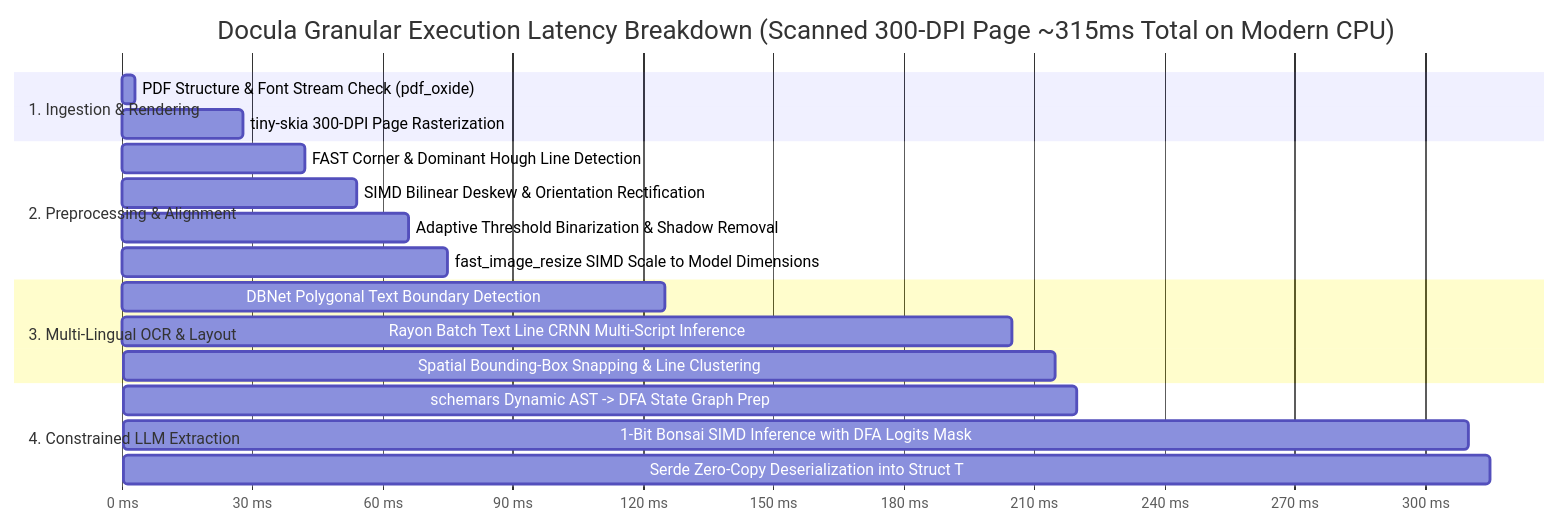
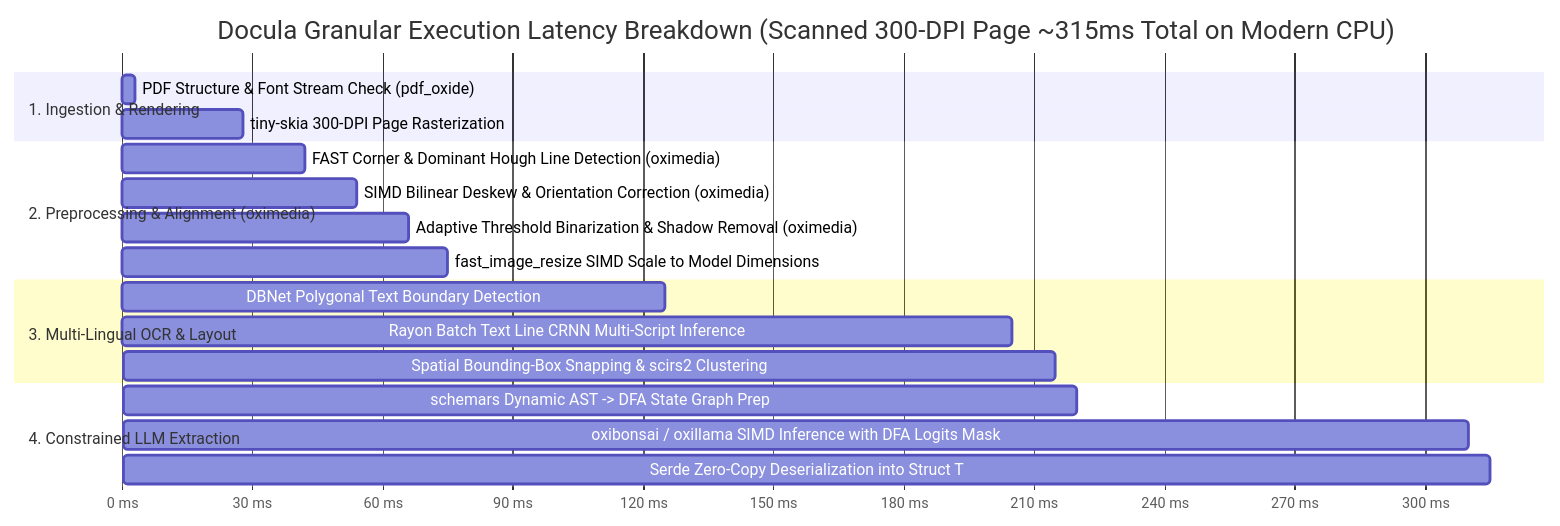
One commit to yasuomaidana/docula changed the diagram in docs/09_BENCHMARK_AND_COMPARISON.md. Above: the diagram before and after it, drawn with Mermaid. The commit also changed other lines of this file and 12 other files, not shown here.

````diff
--- a/docs/09_BENCHMARK_AND_COMPARISON.md
+++ b/docs/09_BENCHMARK_AND_COMPARISON.md
@@ -44,26 +53,26 @@
 ```mermaid
 gantt
     title Docula Granular Execution Latency Breakdown (Scanned 300-DPI Page ~315ms Total on Modern CPU)
     dateFormat  X
     axisFormat %s ms
 
     section 1. Ingestion & Rendering
     PDF Structure & Font Stream Check (pdf_oxide)     :0, 3
     tiny-skia 300-DPI Page Rasterization              :3, 28
     
-    section 2. Preprocessing & Alignment
-    FAST Corner & Dominant Hough Line Detection       :28, 42
-    SIMD Bilinear Deskew & Orientation Rectification  :42, 54
-    Adaptive Threshold Binarization & Shadow Removal  :54, 66
+    section 2. Preprocessing & Alignment (oximedia)
+    FAST Corner & Dominant Hough Line Detection (oximedia) :28, 42
+    SIMD Bilinear Deskew & Orientation Correction (oximedia) :42, 54
+    Adaptive Threshold Binarization & Shadow Removal (oximedia) :54, 66
     fast_image_resize SIMD Scale to Model Dimensions  :66, 75
 
     section 3. Multi-Lingual OCR & Layout
     DBNet Polygonal Text Boundary Detection           :75, 125
     Rayon Batch Text Line CRNN Multi-Script Inference :125, 205
-    Spatial Bounding-Box Snapping & Line Clustering   :205, 215
+    Spatial Bounding-Box Snapping & scirs2 Clustering :205, 215
 
     section 4. Constrained LLM Extraction
     schemars Dynamic AST -> DFA State Graph Prep      :215, 220
-    1-Bit Bonsai SIMD Inference with DFA Logits Mask  :220, 310
+    oxibonsai / oxillama SIMD Inference with DFA Logits Mask :220, 310
     Serde Zero-Copy Deserialization into Struct T     :310, 315
 ```
````
